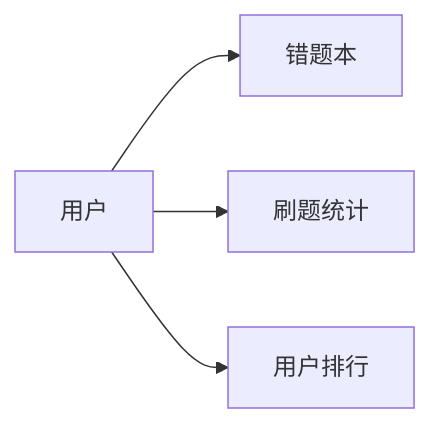
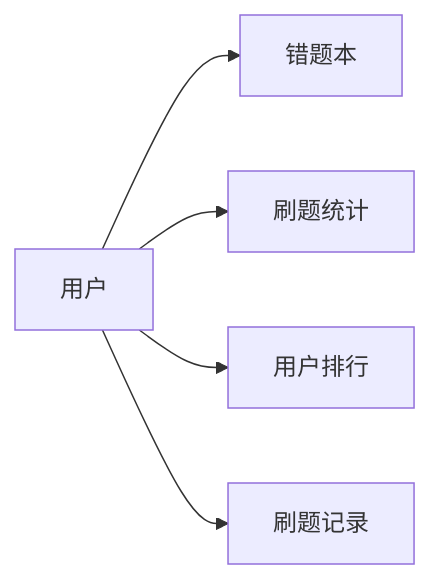
The fourth of 4 diagrams in docs/Requirements.md (SnapdragonLee/Newbee-English), drawn with Mermaid before and after one commit. The commit also changed other lines of this file, not shown here.

````diff
--- a/docs/Requirements.md
+++ b/docs/Requirements.md
@@ -364,6 +423,7 @@
 ```mermaid
 graph LR
 A[用户]-->C1[错题本]
 A-->C2[刷题统计]
 A-->C3[用户排行]
+A-->C4[刷题记录]
 ```
````
